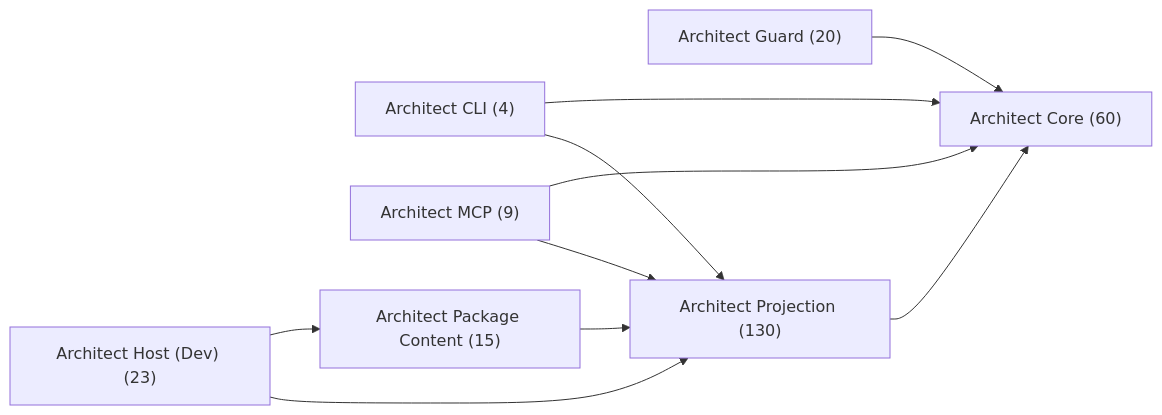
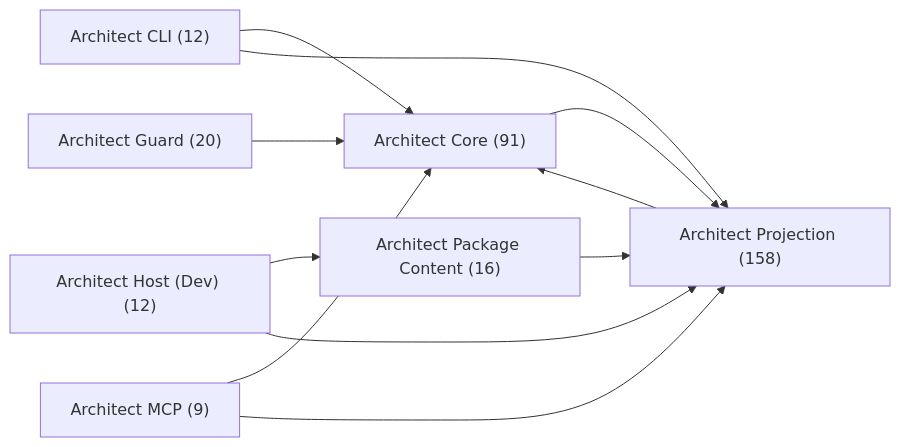
Before and after one commit to libar-dev/architect: the first of 8 diagrams in docs-live/architecture/package-seam.md, drawn with Mermaid. The commit also changed other lines of this file and 21 other files, not shown here.

First line of the commit message:
docs(live): regenerate docs-live from the reshaped graph

````diff
--- a/docs-live/architecture/package-seam.md
+++ b/docs-live/architecture/package-seam.md
@@ -18,19 +18,20 @@
 ```mermaid
 graph LR
-  pkg_architect_cli["Architect CLI (4)"]
-  pkg_architect_core["Architect Core (60)"]
+  pkg_architect_cli["Architect CLI (12)"]
+  pkg_architect_core["Architect Core (91)"]
   pkg_architect_guard["Architect Guard (20)"]
-  pkg_architect_host_dev["Architect Host (Dev) (23)"]
+  pkg_architect_host_dev["Architect Host (Dev) (12)"]
   pkg_architect_mcp["Architect MCP (9)"]
-  pkg_architect_package_content["Architect Package Content (15)"]
-  pkg_architect_projection["Architect Projection (130)"]
+  pkg_architect_package_content["Architect Package Content (16)"]
+  pkg_architect_projection["Architect Projection (158)"]
   pkg_architect_cli --> pkg_architect_core
   pkg_architect_cli --> pkg_architect_projection
+  pkg_architect_core --> pkg_architect_projection
   pkg_architect_guard --> pkg_architect_core
   pkg_architect_host_dev --> pkg_architect_package_content
   pkg_architect_host_dev --> pkg_architect_projection
   pkg_architect_mcp --> pkg_architect_core
   pkg_architect_mcp --> pkg_architect_projection
   pkg_architect_package_content --> pkg_architect_projection
   pkg_architect_projection --> pkg_architect_core
 ```
````
